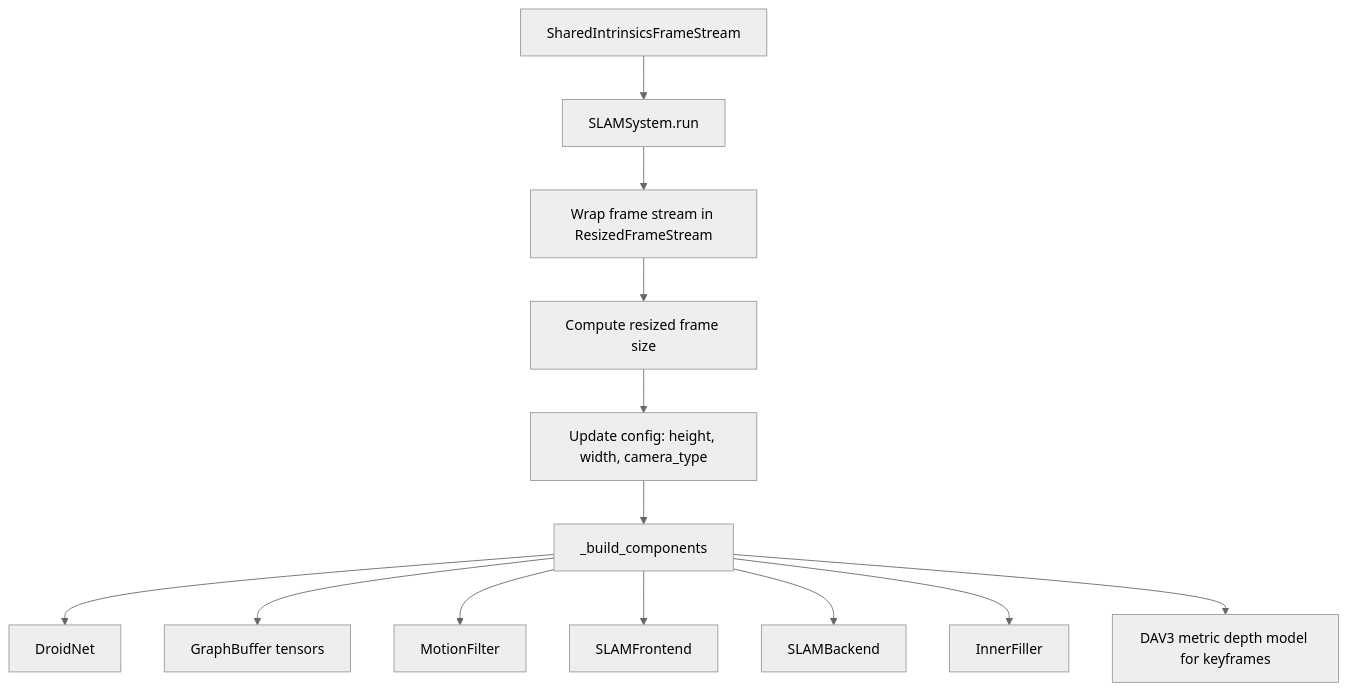
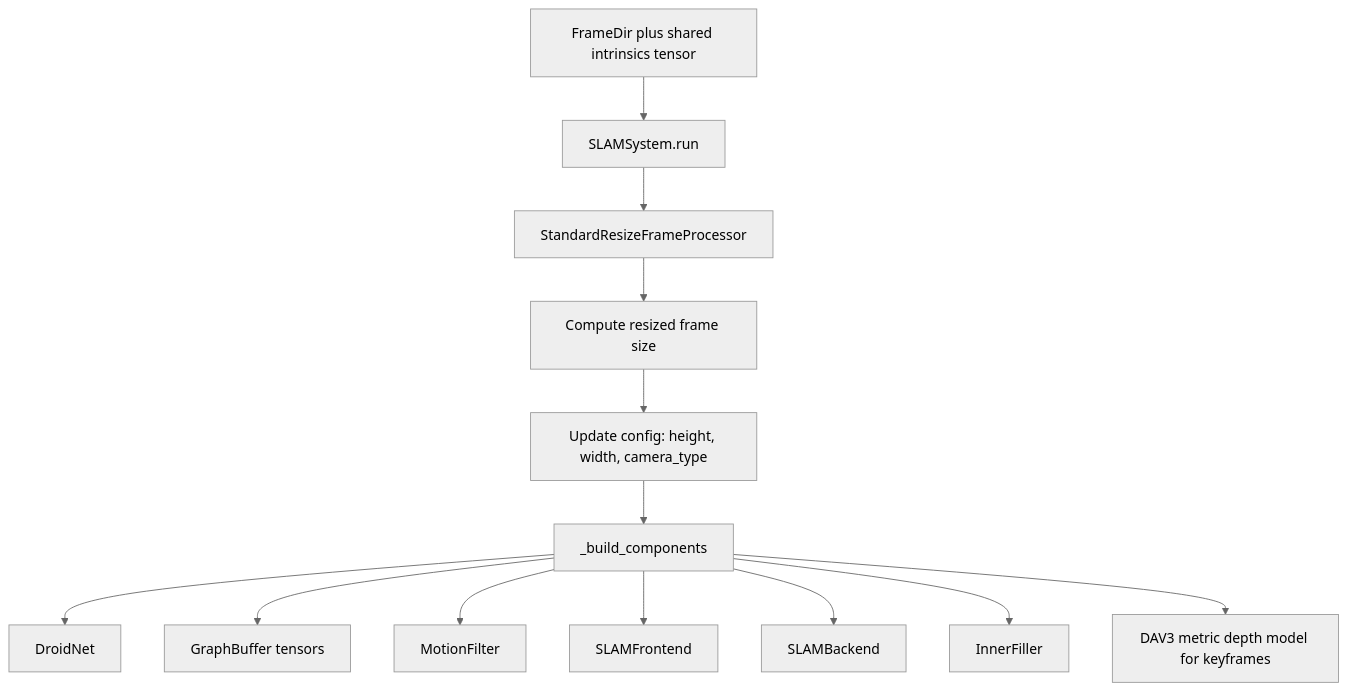
The sixth of 13 diagrams in fullexplain.md (sadanand1120/vipe), drawn with Mermaid (neutral theme) before and after one commit. The commit also changed other lines of this file and 12 other files, not shown here.

````diff
--- a/fullexplain.md
+++ b/fullexplain.md
@@ -549,15 +540,15 @@
 ```mermaid
 flowchart TD
-    A[SharedIntrinsicsFrameStream] --> B[SLAMSystem.run]
-    B --> C[Wrap frame stream in ResizedFrameStream]
+    A[FrameDir plus shared intrinsics tensor] --> B[SLAMSystem.run]
+    B --> C[StandardResizeFrameProcessor]
     C --> D[Compute resized frame size]
     D --> E[Update config: height, width, camera_type]
     E --> F[_build_components]
     F --> F1[DroidNet]
     F --> F2[GraphBuffer tensors]
     F --> F3[MotionFilter]
     F --> F4[SLAMFrontend]
     F --> F5[SLAMBackend]
     F --> F6[InnerFiller]
     F --> F7[DAV3 metric depth model for keyframes]
 ```
````
